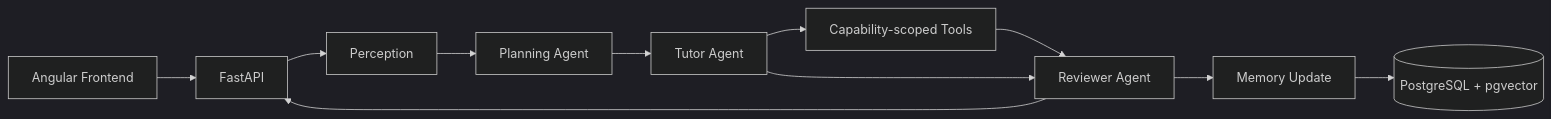
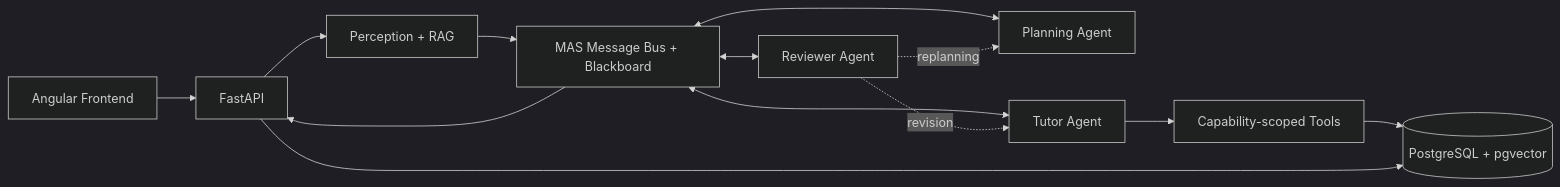
Before and after one commit to Fridi286/StudyMummy: the diagram in README.md, drawn with Mermaid (dark theme). The commit also changed other lines of this file and 39 other files, not shown here.

````diff
--- a/README.md
+++ b/README.md
@@ -20,13 +20,15 @@
 ```mermaid
 flowchart LR
     UI["Angular Frontend"] --> API["FastAPI"]
-    API --> P["Perception"]
-    P --> PL["Planning Agent"]
-    PL --> T["Tutor Agent"]
+    API --> P["Perception + RAG"]
+    P --> BUS["MAS Message Bus + Blackboard"]
+    BUS <--> PL["Planning Agent"]
+    BUS <--> T["Tutor Agent"]
+    BUS <--> R["Reviewer Agent"]
+    R -. "revision" .-> T
+    R -. "replanning" .-> PL
     T --> TOOLS["Capability-scoped Tools"]
-    TOOLS --> R["Reviewer Agent"]
-    T --> R
-    R --> M["Memory Update"]
-    M --> DB[("PostgreSQL + pgvector")]
-    R --> API
+    TOOLS --> DB[("PostgreSQL + pgvector")]
+    BUS --> API
+    API --> DB
 ```
````
